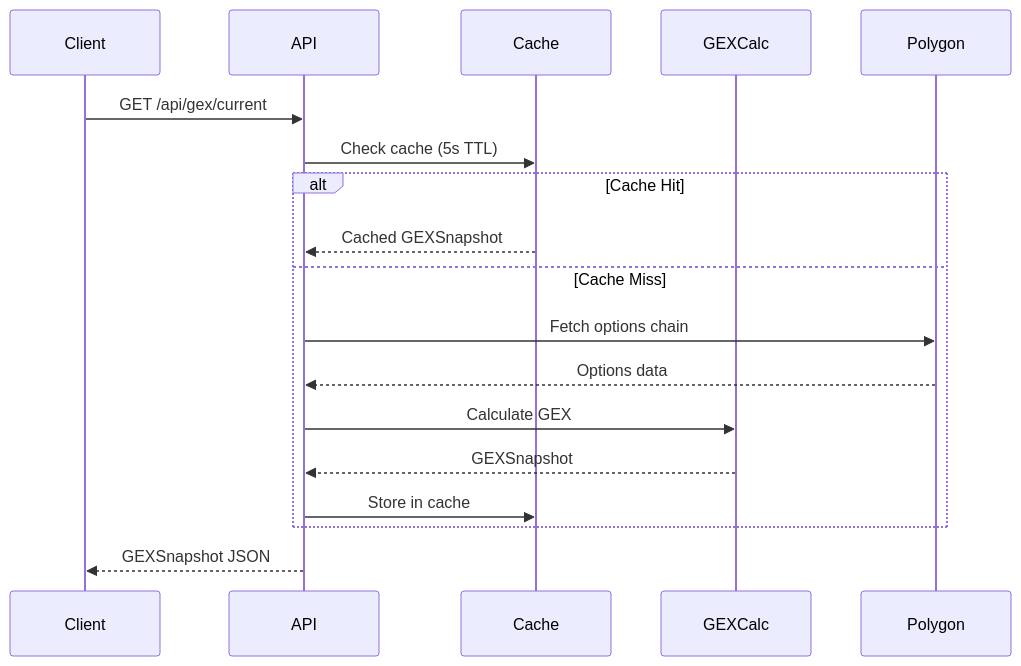
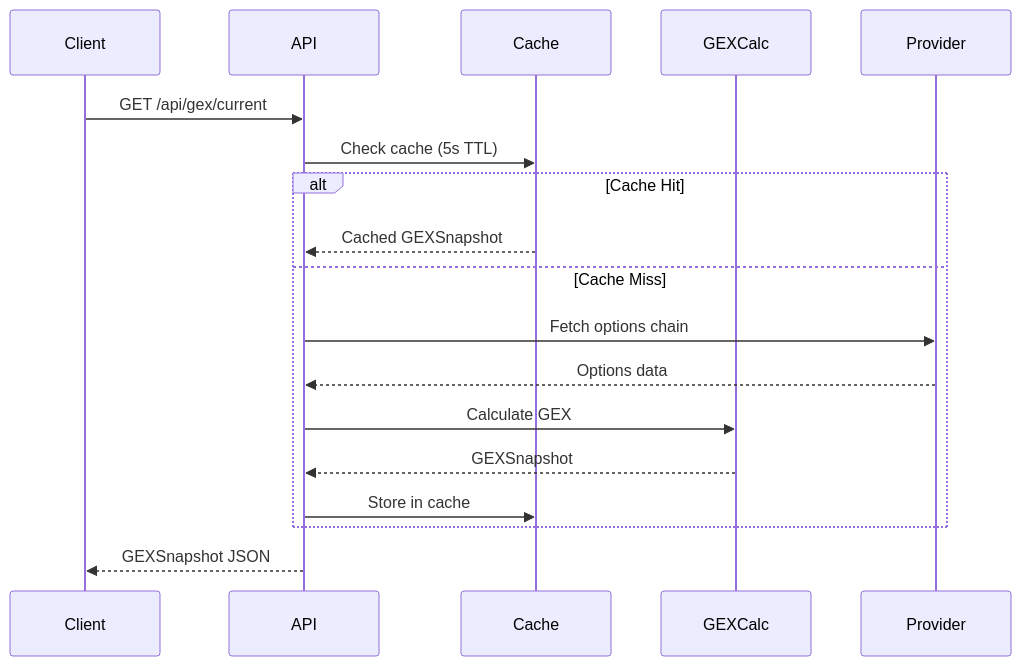
One commit to puneet-chandna/0DTE-dealer-gamma changed the third of 3 diagrams in docs/ARCHITECTURE.md. Above: the diagram before and after it, drawn with Mermaid. The commit also changed other lines of this file and 3 other files, not shown here.

Commit message:
feat: introduce modular data provider architecture and update API, architecture, and deployment documentation to reflect dynamic data fetching.

````diff
--- a/docs/ARCHITECTURE.md
+++ b/docs/ARCHITECTURE.md
@@ -93,21 +93,21 @@
 ```mermaid
 sequenceDiagram
     participant Client
     participant API
     participant Cache
     participant GEXCalc
-    participant Polygon
+    participant Provider
 
     Client->>API: GET /api/gex/current
     API->>Cache: Check cache (5s TTL)
     alt Cache Hit
         Cache-->>API: Cached GEXSnapshot
     else Cache Miss
-        API->>Polygon: Fetch options chain
-        Polygon-->>API: Options data
+        API->>Provider: Fetch options chain
+        Provider-->>API: Options data
         API->>GEXCalc: Calculate GEX
         GEXCalc-->>API: GEXSnapshot
         API->>Cache: Store in cache
     end
     API-->>Client: GEXSnapshot JSON
 ```
````
